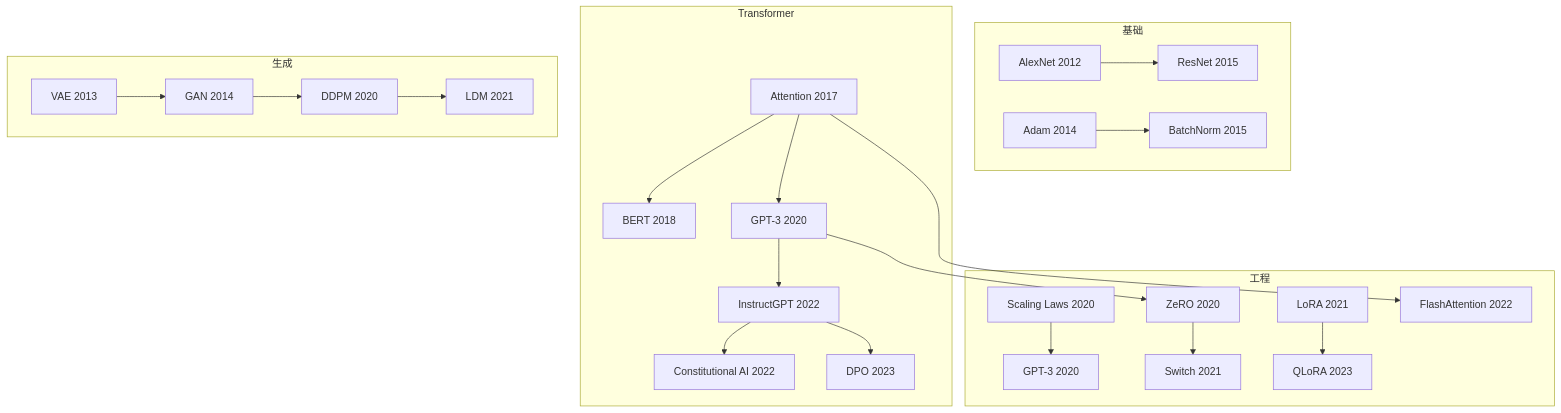
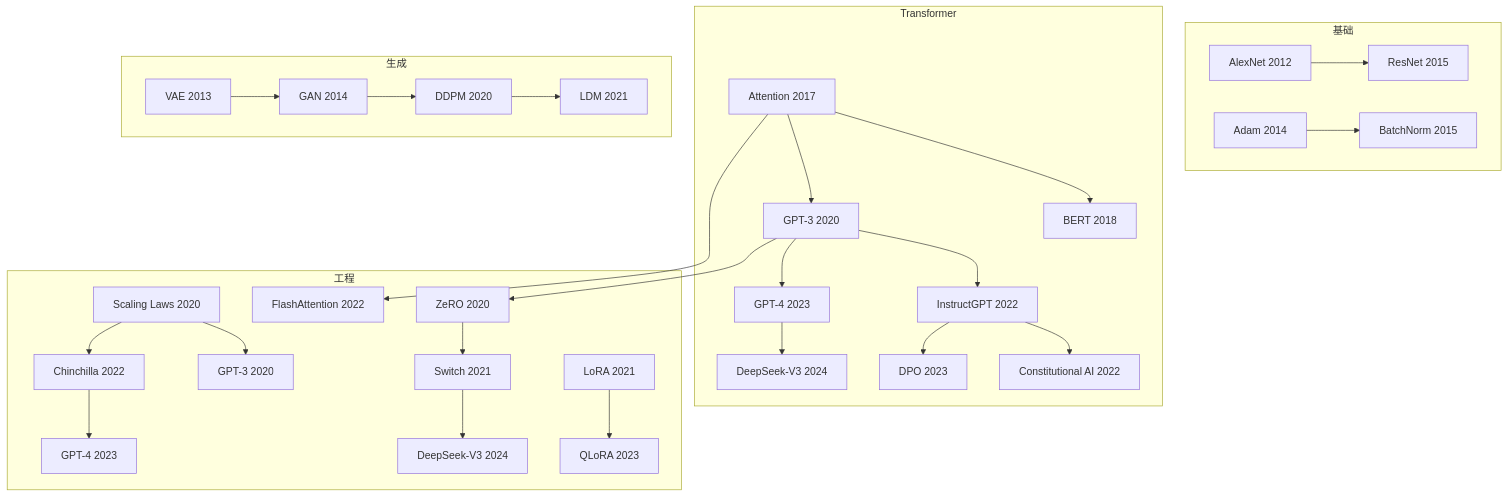
Before and after one commit to CloudManHQ/CloudMaster: the second of 2 diagrams in 22_Papers/README.md, drawn with Mermaid. The commit also changed other lines of this file and 629 other files, not shown here.

````diff
--- a/22_Papers/README.md
+++ b/22_Papers/README.md
@@ -140,31 +147,36 @@
 ```mermaid
 flowchart TB
     subgraph 基础
         A1[AlexNet 2012] --> A2[ResNet 2015]
         A3[Adam 2014] --> A4[BatchNorm 2015]
     end
     
     subgraph Transformer
         B1[Attention 2017] --> B2[BERT 2018]
         B1 --> B3[GPT-3 2020]
         B3 --> B4[InstructGPT 2022]
-        B4 --> B5[Constitutional AI 2022]
-        B4 --> B6[DPO 2023]
+        B3 --> B5[GPT-4 2023]
+        B4 --> B6[Constitutional AI 2022]
+        B4 --> B7[DPO 2023]
+        B5 --> B8[DeepSeek-V3 2024]
     end
     
     subgraph 生成
         C1[VAE 2013] --> C2[GAN 2014]
         C2 --> C3[DDPM 2020]
         C3 --> C4[LDM 2021]
     end
     
     subgraph 工程
         D1[Scaling Laws 2020] --> D2[GPT-3 2020]
-        D3[ZeRO 2020] --> D4[Switch 2021]
-        D5[LoRA 2021] --> D6[QLoRA 2023]
-        D7[FlashAttention 2022]
+        D1 --> D3[Chinchilla 2022]
+        D3 --> D4[GPT-4 2023]
+        D5[ZeRO 2020] --> D6[Switch 2021]
+        D7[LoRA 2021] --> D8[QLoRA 2023]
+        D9[FlashAttention 2022]
+        D6 --> D10[DeepSeek-V3 2024]
     end
     
-    B1 --> D7
-    B3 --> D3
+    B1 --> D9
+    B3 --> D5
 ```
````
